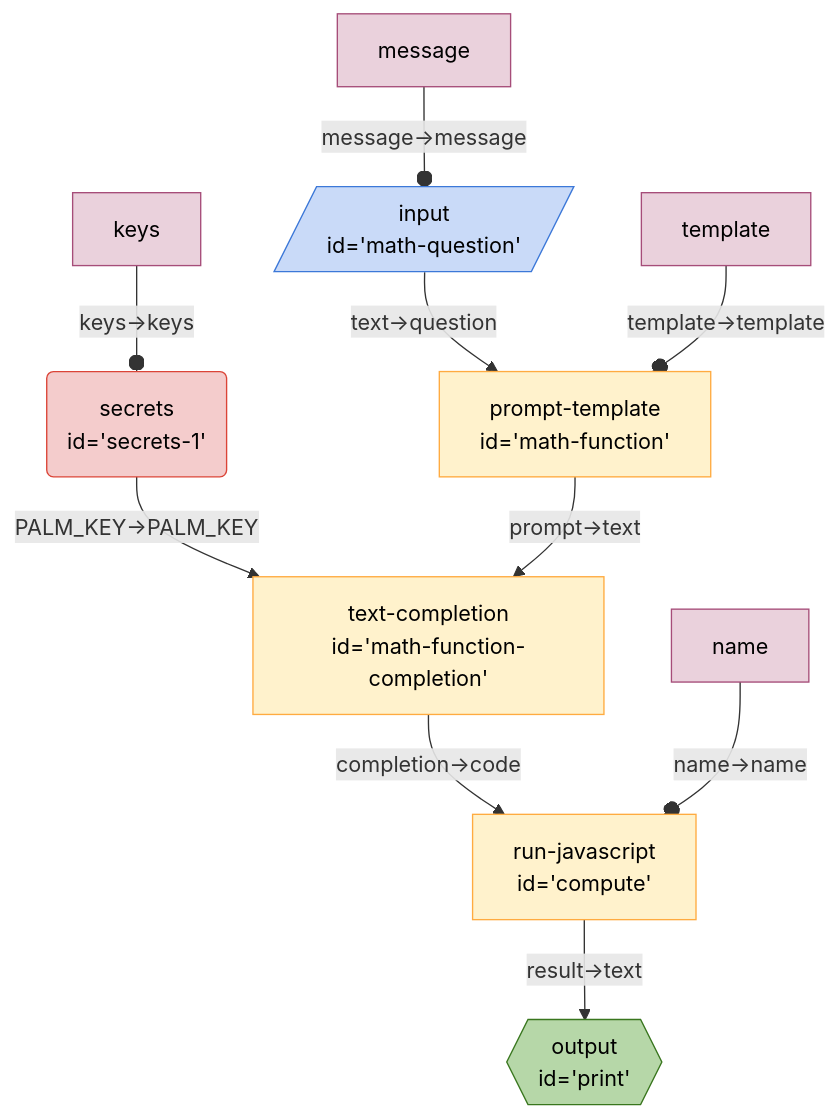
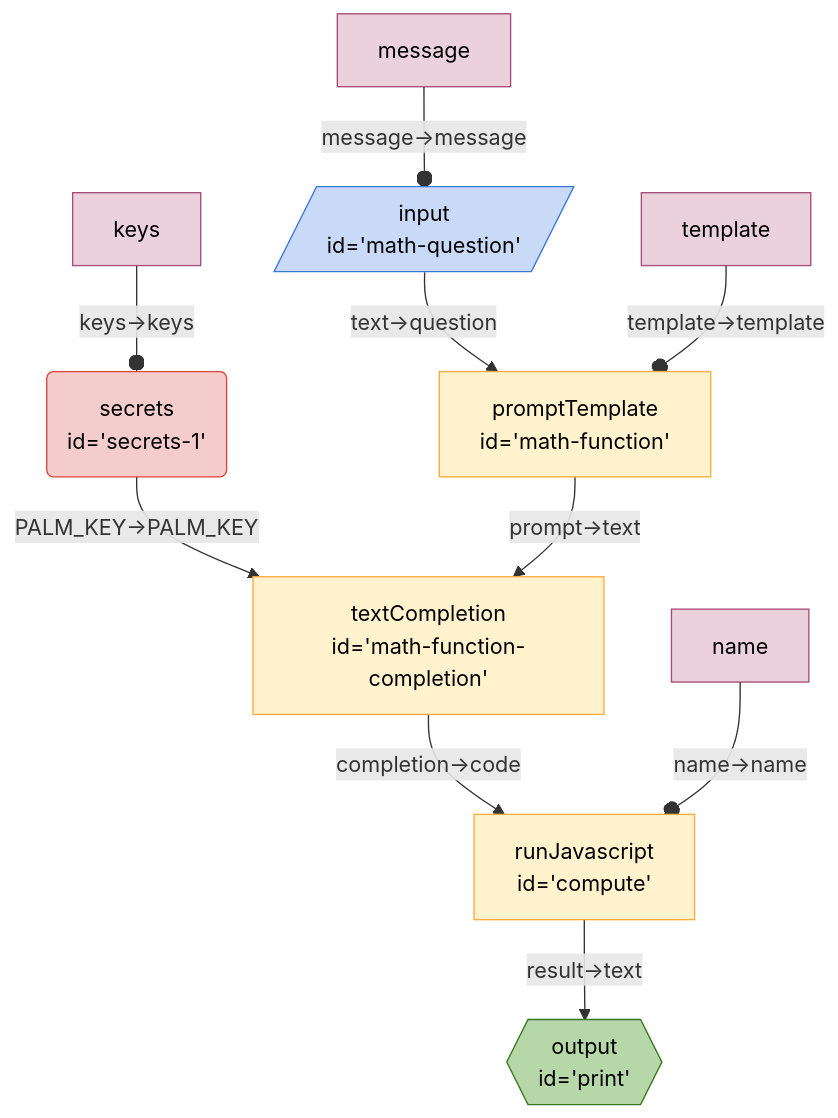
The diagram in seeds/graph-playground/docs/graphs/math.md (breadboard-ai/breadboard), drawn with Mermaid before and after one commit. The commit also changed 41 other files, not shown here.

````diff
--- a/seeds/graph-playground/docs/graphs/math.md
+++ b/seeds/graph-playground/docs/graphs/math.md
@@ -5,31 +5,31 @@
   ```mermaid
   %%{init: 'themeVariables': { 'fontFamily': 'Fira Code, monospace' }}%%
 graph TD;
-compute["run-javascript
+compute["runJavascript
 id='compute'"] -- "result->text" --> print{{"output
 id='print'"}}:::output
-mathfunctioncompletion["text-completion
-id='math-function-completion'"] -- "completion->code" --> compute["run-javascript
+mathfunctioncompletion["textCompletion
+id='math-function-completion'"] -- "completion->code" --> compute["runJavascript
 id='compute'"]
 secrets1("secrets
-id='secrets-1'"):::secrets -- "PALM_KEY->PALM_KEY" --> mathfunctioncompletion["text-completion
+id='secrets-1'"):::secrets -- "PALM_KEY->PALM_KEY" --> mathfunctioncompletion["textCompletion
 id='math-function-completion'"]
-mathfunction["prompt-template
-id='math-function'"] -- "prompt->text" --> mathfunctioncompletion["text-completion
+mathfunction["promptTemplate
+id='math-function'"] -- "prompt->text" --> mathfunctioncompletion["textCompletion
 id='math-function-completion'"]
 mathquestion[/"input
-id='math-question'"/]:::input -- "text->question" --> mathfunction["prompt-template
+id='math-question'"/]:::input -- "text->question" --> mathfunction["promptTemplate
 id='math-function'"]
 messagemathquestion[message]:::config -- "message->message" --o mathquestion
 templatemathfunction[template]:::config -- "template->template" --o mathfunction
 namecompute[name]:::config -- "name->name" --o compute
 keyssecrets1[keys]:::config -- "keys->keys" --o secrets1
 classDef default stroke:#ffab40,fill:#fff2ccff,color:#000
 classDef input stroke:#3c78d8,fill:#c9daf8ff,color:#000
 classDef output stroke:#38761d,fill:#b6d7a8ff,color:#000
 classDef passthrough stroke:#a64d79,fill:#ead1dcff,color:#000
 classDef slot stroke:#a64d79,fill:#ead1dcff,color:#000
 classDef config stroke:#a64d79,fill:#ead1dcff,color:#000
 classDef secrets stroke:#db4437,fill:#f4cccc,color:#000
 classDef slotted stroke:#a64d79
   ```
````
